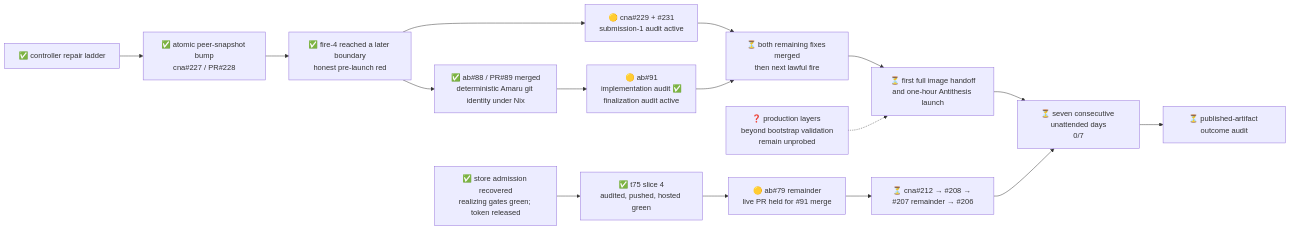
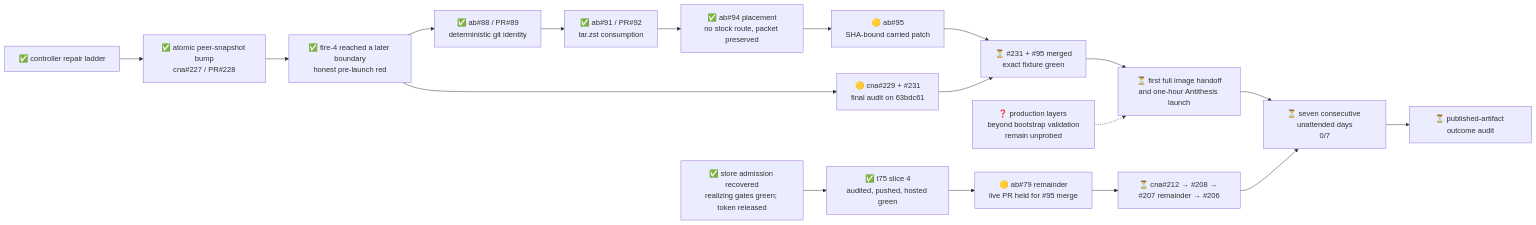
Before and after one commit to cardano-foundation/cardano-node-antithesis: the diagram in .milestones/2/state.md, drawn with Mermaid. The commit also changed other lines of this file and 6 other files, not shown here.

````diff
--- a/.milestones/2/state.md
+++ b/.milestones/2/state.md
@@ -7,14 +7,16 @@
 ```mermaid
 flowchart LR
     ladder["✅ controller repair ladder"] --> atomic["✅ atomic peer-snapshot bump<br/>cna#227 / PR#228"]
     atomic --> fire4["✅ fire-4 reached a later boundary<br/>honest pre-launch red"]
-    fire4 --> observe["🟡 cna#229 + #231<br/>submission-1 audit active"]
-    fire4 --> gitinfo["✅ ab#88 / PR#89 merged<br/>deterministic Amaru git identity under Nix"]
-    observe --> fire5["⏳ both remaining fixes merged<br/>then next lawful fire"]
-    gitinfo --> snapshot6["🟡 ab#91<br/>implementation audit ✅<br/>finalization audit active"] --> fire5
+    fire4 --> observe["🟡 cna#229 + #231<br/>final audit on 63bdc61"]
+    fire4 --> gitinfo["✅ ab#88 / PR#89<br/>deterministic git identity"]
+    gitinfo --> archives["✅ ab#91 / PR#92<br/>tar.zst consumption"]
+    archives --> noroute["✅ ab#94 placement<br/>no stock route, packet preserved"]
+    noroute --> patch95["🟡 ab#95<br/>SHA-bound carried patch"] --> fire5["⏳ #231 + #95 merged<br/>exact fixture green"]
+    observe --> fire5
     fire5 --> launch["⏳ first full image handoff<br/>and one-hour Antithesis launch"]
     launch --> streak["⏳ seven consecutive unattended days<br/>0/7"] --> audit["⏳ published-artifact outcome audit"]
     capacity["✅ store admission recovered<br/>realizing gates green; token released"] --> t75["✅ t75 slice 4<br/>audited, pushed, hosted green"]
-    t75 --> handoff79["🟡 ab#79 remainder<br/>live PR held for #91 merge"] --> hardening["⏳ cna#212 → #208 → #207 remainder → #206"] --> streak
+    t75 --> handoff79["🟡 ab#79 remainder<br/>live PR held for #95 merge"] --> hardening["⏳ cna#212 → #208 → #207 remainder → #206"] --> streak
     unknown["❓ production layers beyond bootstrap validation<br/>remain unprobed"] -.-> launch
 ```
````
